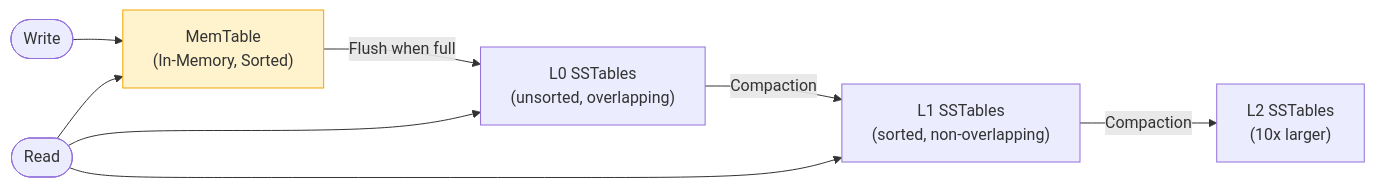
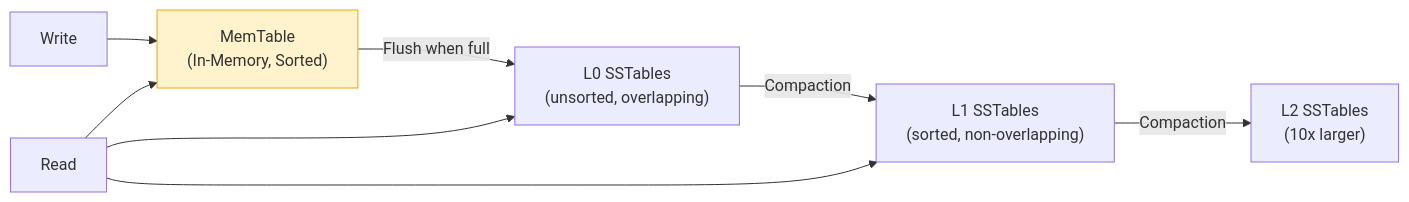
One commit to vesviet/vesviet changed the second of 2 diagrams in content/series/system-design/04-database-scaling-sharding.md. Above: the diagram before and after it, drawn with Mermaid. The commit also changed other lines of this file and 280 other files, not shown here.

````diff
--- a/content/series/system-design/04-database-scaling-sharding.md
+++ b/content/series/system-design/04-database-scaling-sharding.md
@@ -90,12 +92,12 @@
 ```mermaid
 graph LR
-    Write([Write]) --> MT["MemTable\n(In-Memory, Sorted)"]
+    Write["Write"] --> MT["MemTable\n(In-Memory, Sorted)"]
     MT -->|"Flush when full"| L0["L0 SSTables\n(unsorted, overlapping)"]
     L0 -->|Compaction| L1["L1 SSTables\n(sorted, non-overlapping)"]
     L1 -->|Compaction| L2["L2 SSTables\n(10x larger)"]
-    Read([Read]) --> MT
+    Read["Read"] --> MT
     Read --> L0
     Read --> L1
 
     style MT fill:#fff3cd,stroke:#f0a500
 ```
````
